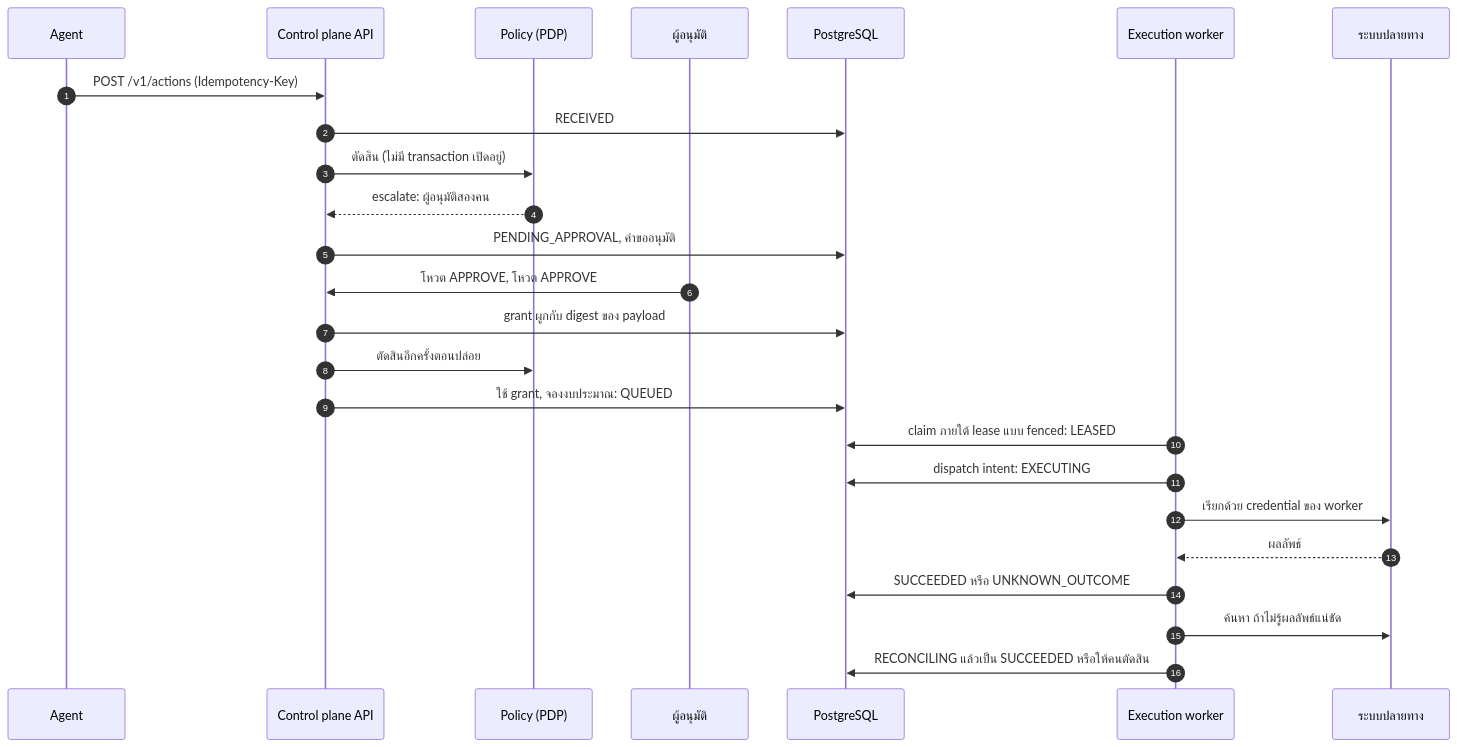
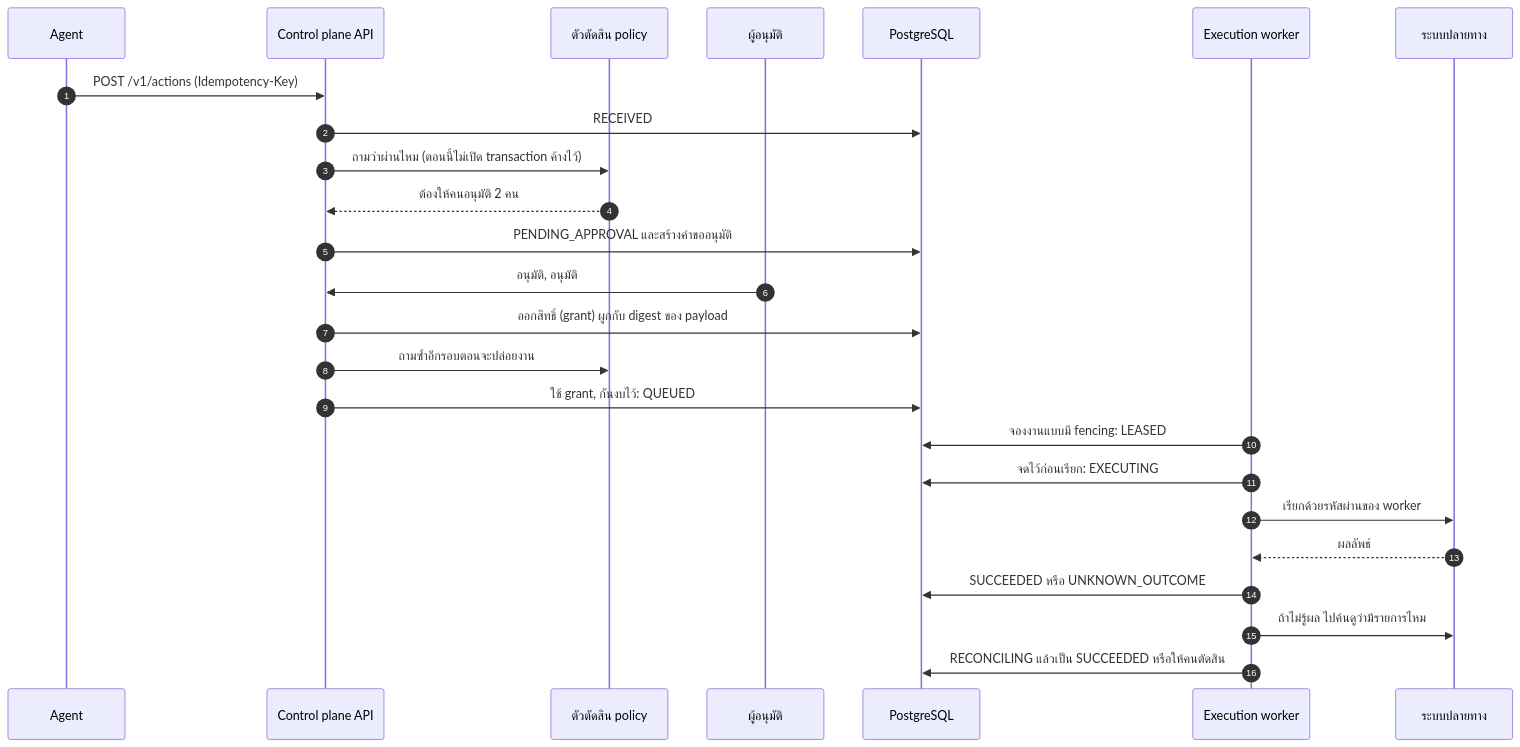
The fourth of 4 diagrams in README.th.md (atipongsena/eacp), drawn with Mermaid before and after one commit. The commit also changed other lines of this file and 7 other files, not shown here.

First line of the commit message:
docs: diagrams that explain the system, a natural Thai README, and a user guide

````diff
--- a/README.th.md
+++ b/README.th.md
@@ -93,27 +154,27 @@
 ```mermaid
 sequenceDiagram
   autonumber
   participant A as Agent
   participant API as Control plane API
-  participant PDP as Policy (PDP)
+  participant PDP as ตัวตัดสิน policy
   participant P as ผู้อนุมัติ
   participant DB as PostgreSQL
   participant W as Execution worker
   participant T as ระบบปลายทาง
   A->>API: POST /v1/actions (Idempotency-Key)
   API->>DB: RECEIVED
-  API->>PDP: ตัดสิน (ไม่มี transaction เปิดอยู่)
-  PDP-->>API: escalate: ผู้อนุมัติสองคน
-  API->>DB: PENDING_APPROVAL, คำขออนุมัติ
-  P->>API: โหวต APPROVE, โหวต APPROVE
-  API->>DB: grant ผูกกับ digest ของ payload
-  API->>PDP: ตัดสินอีกครั้งตอนปล่อย
-  API->>DB: ใช้ grant, จองงบประมาณ: QUEUED
-  W->>DB: claim ภายใต้ lease แบบ fenced: LEASED
-  W->>DB: dispatch intent: EXECUTING
-  W->>T: เรียกด้วย credential ของ worker
+  API->>PDP: ถามว่าผ่านไหม (ตอนนี้ไม่เปิด transaction ค้างไว้)
+  PDP-->>API: ต้องให้คนอนุมัติ 2 คน
+  API->>DB: PENDING_APPROVAL และสร้างคำขออนุมัติ
+  P->>API: อนุมัติ, อนุมัติ
+  API->>DB: ออกสิทธิ์ (grant) ผูกกับ digest ของ payload
+  API->>PDP: ถามซ้ำอีกรอบตอนจะปล่อยงาน
+  API->>DB: ใช้ grant, กันงบไว้: QUEUED
+  W->>DB: จองงานแบบมี fencing: LEASED
+  W->>DB: จดไว้ก่อนเรียก: EXECUTING
+  W->>T: เรียกด้วยรหัสผ่านของ worker
   T-->>W: ผลลัพธ์
   W->>DB: SUCCEEDED หรือ UNKNOWN_OUTCOME
-  W->>T: ค้นหา ถ้าไม่รู้ผลลัพธ์แน่ชัด
+  W->>T: ถ้าไม่รู้ผล ไปค้นดูว่ามีรายการไหม
   W->>DB: RECONCILING แล้วเป็น SUCCEEDED หรือให้คนตัดสิน
 ```
````
